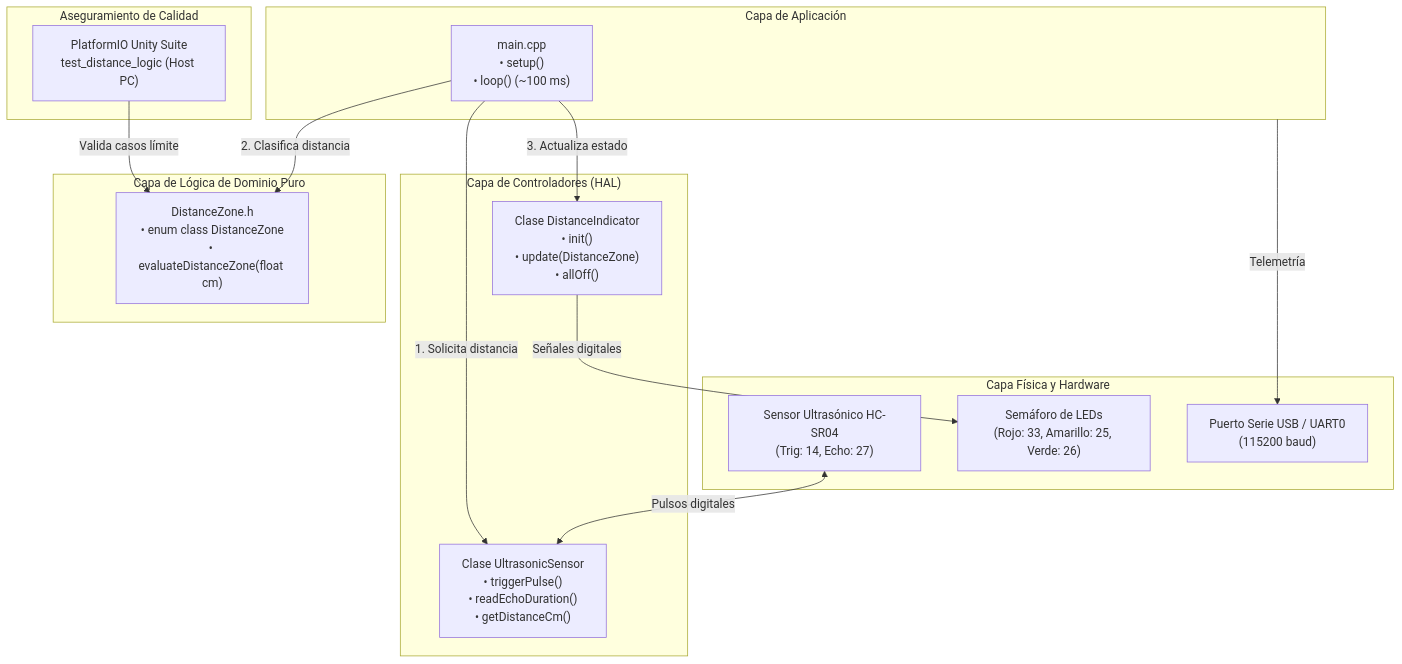
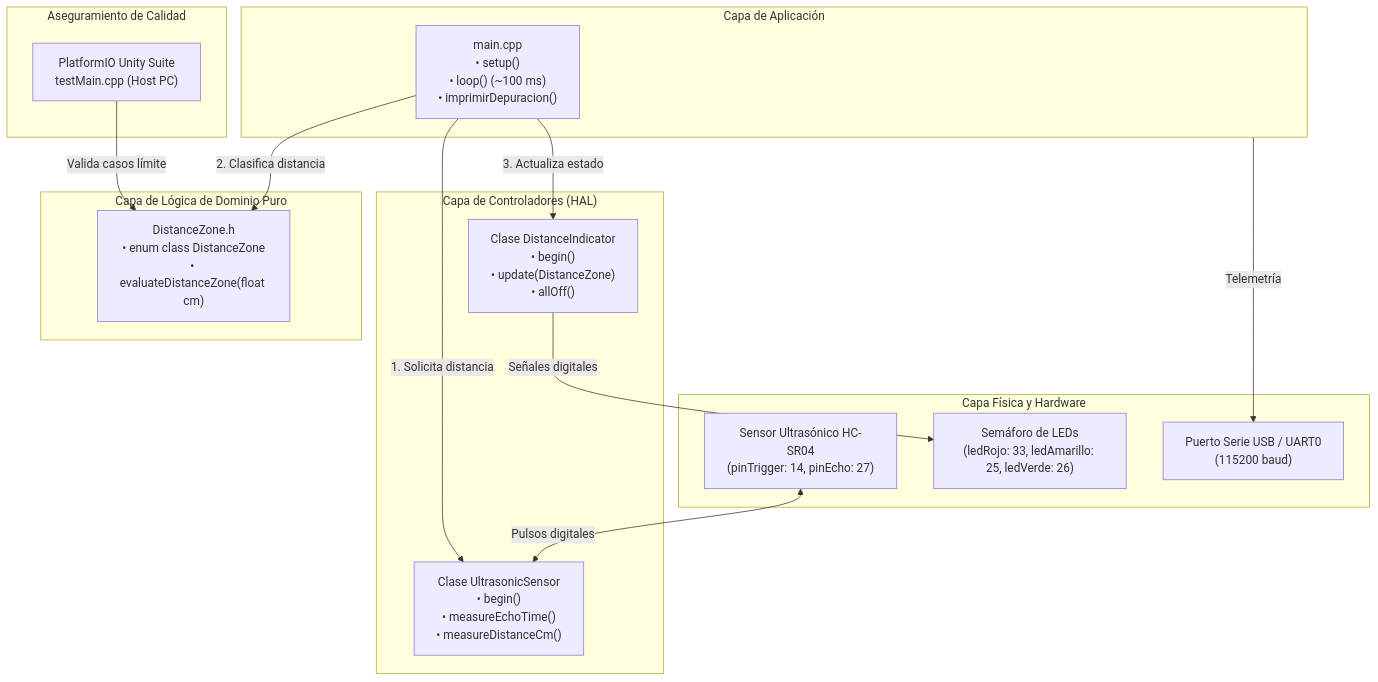
The first of 2 diagrams in _bmad-output/planning-artifacts/architecture/architecture-UltrasonicLedsSensor-2026-09-05/documentacion-tecnica-sistema.md (mjlozada2003/UltrasonicSensorLeds2), drawn with Mermaid before and after one commit. The commit also changed other lines of this file and 11 other files, not shown here.

````diff
--- a/_bmad-output/planning-artifacts/architecture/architecture-UltrasonicLedsSensor-2026-09-05/documentacion-tecnica-sistema.md
+++ b/_bmad-output/planning-artifacts/architecture/architecture-UltrasonicLedsSensor-2026-09-05/documentacion-tecnica-sistema.md
@@ -71,35 +72,35 @@
 ```mermaid
 flowchart TD
     subgraph HARDWARE["Capa Física y Hardware"]
-        HC["Sensor Ultrasónico HC-SR04\n(Trig: 14, Echo: 27)"]
-        LEDS["Semáforo de LEDs\n(Rojo: 33, Amarillo: 25, Verde: 26)"]
+        HC["Sensor Ultrasónico HC-SR04\n(pinTrigger: 14, pinEcho: 27)"]
+        LEDS["Semáforo de LEDs\n(ledRojo: 33, ledAmarillo: 25, ledVerde: 26)"]
         UART["Puerto Serie USB / UART0\n(115200 baud)"]
     end
 
     subgraph DRIVERS["Capa de Controladores (HAL)"]
-        US_CLASS["Clase UltrasonicSensor\n• triggerPulse()\n• readEchoDuration()\n• getDistanceCm()"]
-        LED_CLASS["Clase DistanceIndicator\n• init()\n• update(DistanceZone)\n• allOff()"]
+        US_CLASS["Clase UltrasonicSensor\n• begin()\n• measureEchoTime()\n• measureDistanceCm()"]
+        LED_CLASS["Clase DistanceIndicator\n• begin()\n• update(DistanceZone)\n• allOff()"]
     end
 
     subgraph CORE["Capa de Lógica de Dominio Puro"]
         LOGIC["DistanceZone.h\n• enum class DistanceZone\n• evaluateDistanceZone(float cm)"]
     end
 
     subgraph APP["Capa de Aplicación"]
-        MAIN["main.cpp\n• setup()\n• loop() (~100 ms)"]
+        MAIN["main.cpp\n• setup()\n• loop() (~100 ms)\n• imprimirDepuracion()"]
     end
 
     subgraph QUALITY["Aseguramiento de Calidad"]
-        TESTS["PlatformIO Unity Suite\ntest_distance_logic (Host PC)"]
+        TESTS["PlatformIO Unity Suite\ntestMain.cpp (Host PC)"]
     end
 
     HC <-->|Pulsos digitales| US_CLASS
     LED_CLASS -->|Señales digitales| LEDS
     APP -->|Telemetría| UART
 
     MAIN -->|1. Solicita distancia| US_CLASS
     MAIN -->|2. Clasifica distancia| LOGIC
     MAIN -->|3. Actualiza estado| LED_CLASS
 
     TESTS -->|Valida casos límite| LOGIC
 ```
````
